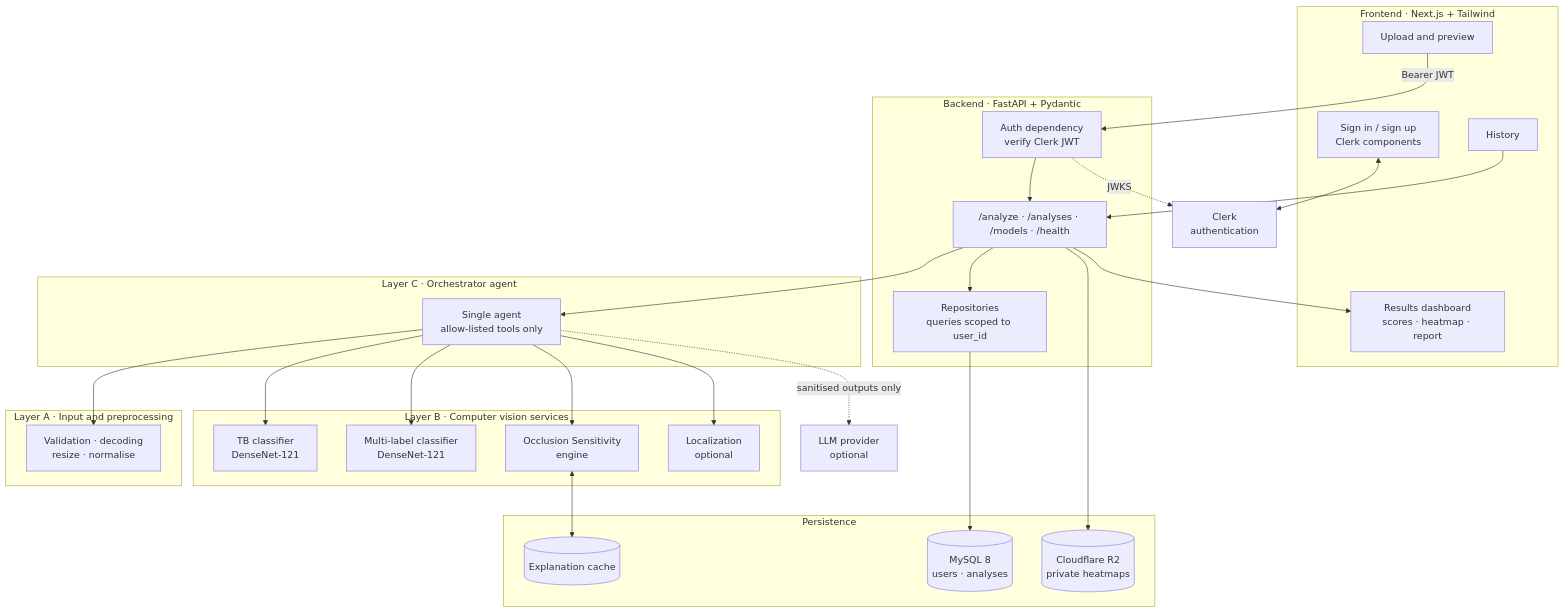
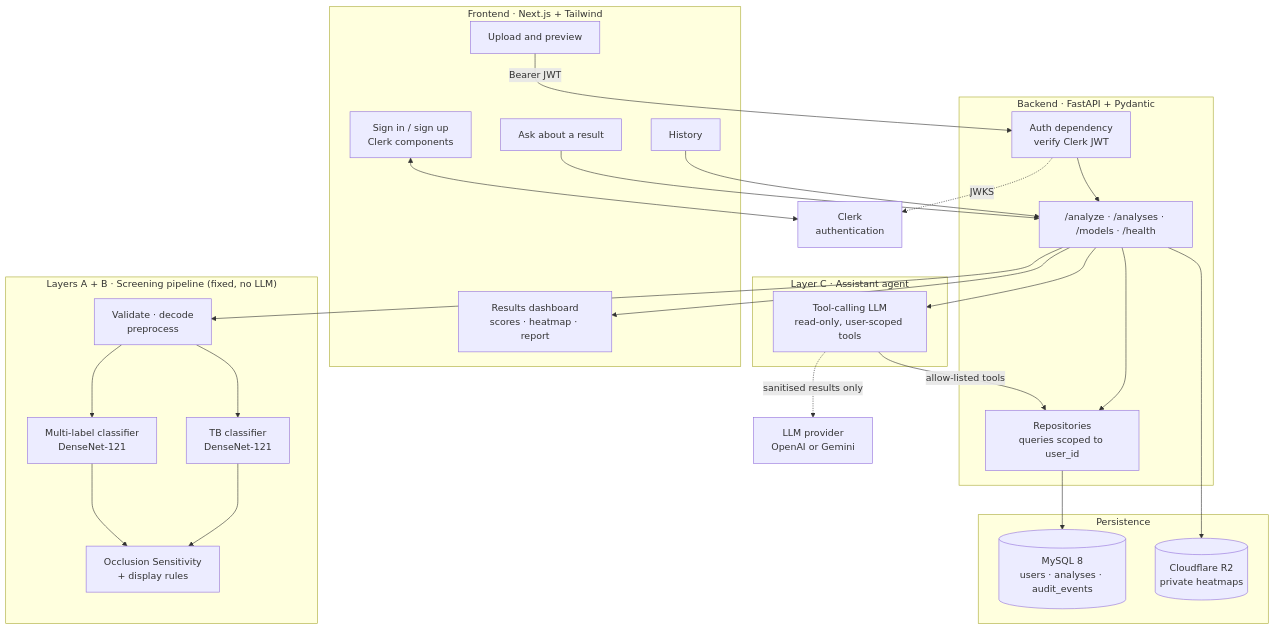
Before and after one commit to Fy1zN/pneumyst-ai: the first of 5 diagrams in README.md, drawn with Mermaid. The commit also changed other lines of this file and 1 other file, not shown here.

First line of the commit message:
Document backend step 1 and the assistant agent design

````diff
--- a/README.md
+++ b/README.md
@@ -110,54 +110,49 @@
 ```mermaid
 flowchart TB
     subgraph FE["Frontend · Next.js + Tailwind"]
         LG["Sign in / sign up<br/>Clerk components"]
         U["Upload and preview"]
         R["Results dashboard<br/>scores · heatmap · report"]
         H["History"]
+        Q["Ask about a result"]
     end
 
     CL["Clerk<br/>authentication"]
 
     subgraph API["Backend · FastAPI + Pydantic"]
         AU["Auth dependency<br/>verify Clerk JWT"]
         EP["/analyze · /analyses · /models · /health"]
         RP["Repositories<br/>queries scoped to user_id"]
     end
 
-    subgraph AG["Layer C · Orchestrator agent"]
-        O["Single agent<br/>allow-listed tools only"]
+    subgraph PL["Layers A + B · Screening pipeline (fixed, no LLM)"]
+        V["Validate · decode<br/>preprocess"]
+        TB["TB classifier<br/>DenseNet-121"]
+        ML["Multi-label classifier<br/>DenseNet-121"]
+        OS["Occlusion Sensitivity<br/>+ display rules"]
     end
 
-    subgraph CV["Layer B · Computer vision services"]
-        TB["TB classifier<br/>DenseNet-121"]
-        ML["Multi-label classifier<br/>DenseNet-121"]
-        OS["Occlusion Sensitivity<br/>engine"]
-        LOC["Localization<br/>optional"]
-    end
-
-    subgraph PRE["Layer A · Input and preprocessing"]
-        V["Validation · decoding<br/>resize · normalise"]
+    subgraph AG["Layer C · Assistant agent"]
+        O["Tool-calling LLM<br/>read-only, user-scoped tools"]
     end
 
     subgraph DATA["Persistence"]
-        DB[("MySQL 8<br/>users · analyses")]
+        DB[("MySQL 8<br/>users · analyses · audit_events")]
         R2[("Cloudflare R2<br/>private heatmaps")]
-        C[("Explanation cache")]
     end
 
-    LLM["LLM provider<br/>optional"]
+    LLM["LLM provider<br/>OpenAI or Gemini"]
 
     LG <--> CL
-    U -- "Bearer JWT" --> AU --> EP --> O
+    U -- "Bearer JWT" --> AU --> EP
     AU -. "JWKS" .-> CL
-    O --> V
-    O --> TB & ML
-    O --> OS
-    O --> LOC
-    OS <--> C
-    O -. "sanitised outputs only" .-> LLM
+    EP --> V --> TB & ML --> OS
     EP --> RP --> DB
     EP --> R2
+    EP --> O
+    O -- "allow-listed tools" --> RP
+    O -. "sanitised results only" .-> LLM
     EP --> R
     H --> EP
+    Q --> EP
 ```
````
